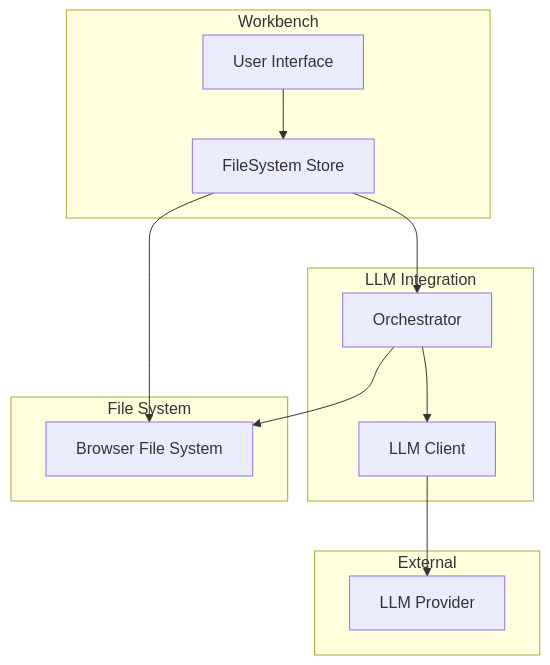
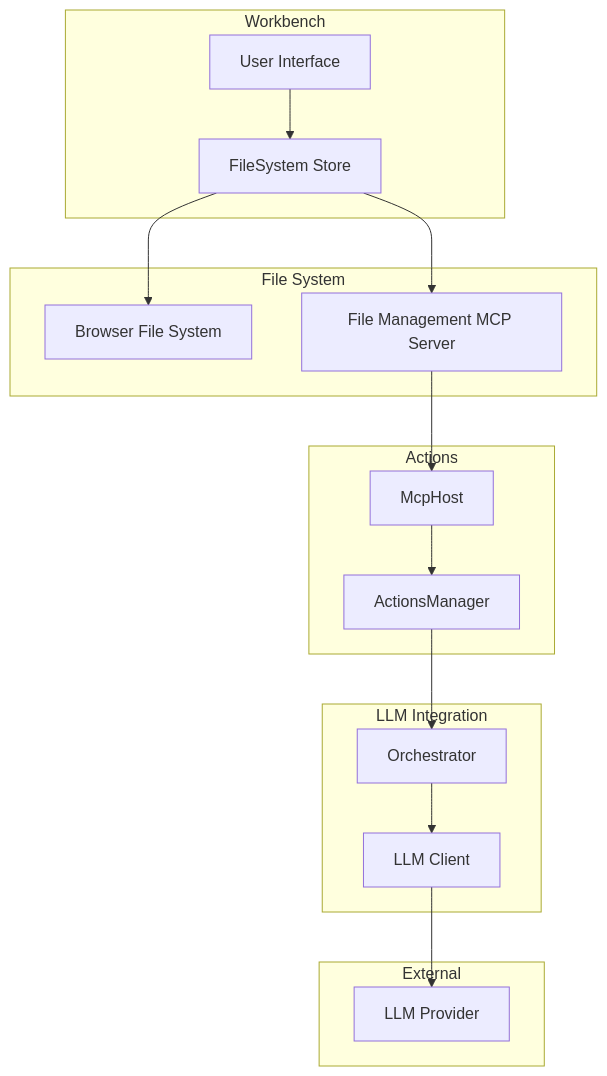
Before and after one commit to mrsimpson/piddie: the third of 6 diagrams in packages/llm-integration/README.md, drawn with Mermaid. The commit also changed other lines of this file and 32 other files, not shown here.

````diff
--- a/packages/llm-integration/README.md
+++ b/packages/llm-integration/README.md
@@ -173,27 +171,35 @@
 ```mermaid
 graph TD
     subgraph "Workbench"
         UI[User Interface]
         FS[FileSystem Store]
+    end
+
+    subgraph "Actions"
+        AM[ActionsManager]
+        MCH[McpHost]
     end
 
     subgraph "LLM Integration"
         O[Orchestrator]
         LC[LLM Client]
     end
 
     subgraph "File System"
         BFS[Browser File System]
+        FMCP[File Management MCP Server]
     end
 
     subgraph "External"
         LLM[LLM Provider]
     end
 
     UI --> FS
     FS --> BFS
-    FS --> O
+    FS --> FMCP
+    FMCP --> MCH
+    MCH --> AM
+    AM --> O
     O --> LC
     LC --> LLM
-    O --> BFS
 ```
````
